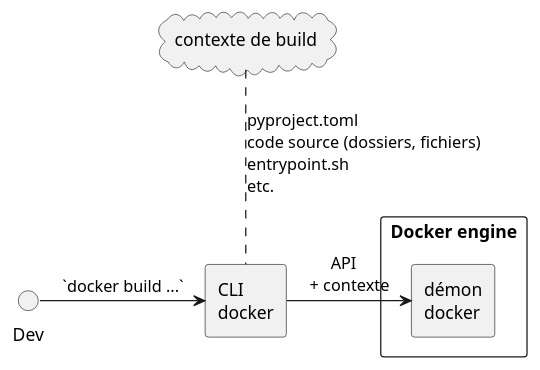
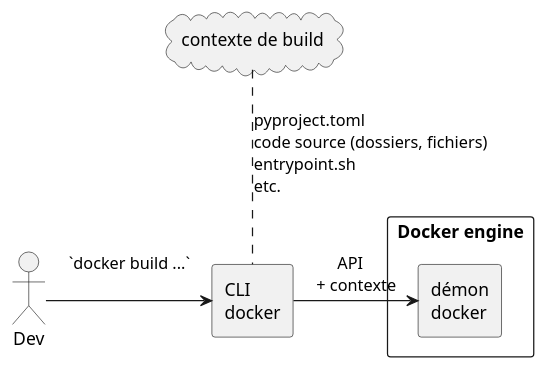
The second of 3 diagrams in python-rennes-2024.05.16-safedockerignore/2024.05.16-python-rennes-safedockerignore.adoc (lucsorel/conferences), drawn with PlantUML before and after one commit. The commit also changed other lines of this file, not shown here.

Commit message:
refactor(python-rennes, safedockerignore): use actors in diagrams

```diff
--- a/python-rennes-2024.05.16-safedockerignore/2024.05.16-python-rennes-safedockerignore.adoc
+++ b/python-rennes-2024.05.16-safedockerignore/2024.05.16-python-rennes-safedockerignore.adoc
@@ -60,24 +59,24 @@
 [plantuml, target=component-diagram, format=svg]
 ----
 @startuml
 skinparam componentStyle rectangle
 skinparam defaultTextAlignment left
 
-() "Dev" as dev
+actor "Dev" as dev
 cloud "contexte de build" as context
 component client [
   CLI
   docker
 ]
 component server as "Docker engine" {
   component demon [
     démon
     docker
   ]
 }
 
-dev -> [client] : `docker build ...`
+dev -> [client] : "`docker build ...`\n"
 context .d. [client] : "pyproject.toml\ncode source (dossiers, fichiers)\nentrypoint.sh\netc."
 [client] -l-> [demon] : "     API\n+ contexte"
 @enduml
 ----
```
